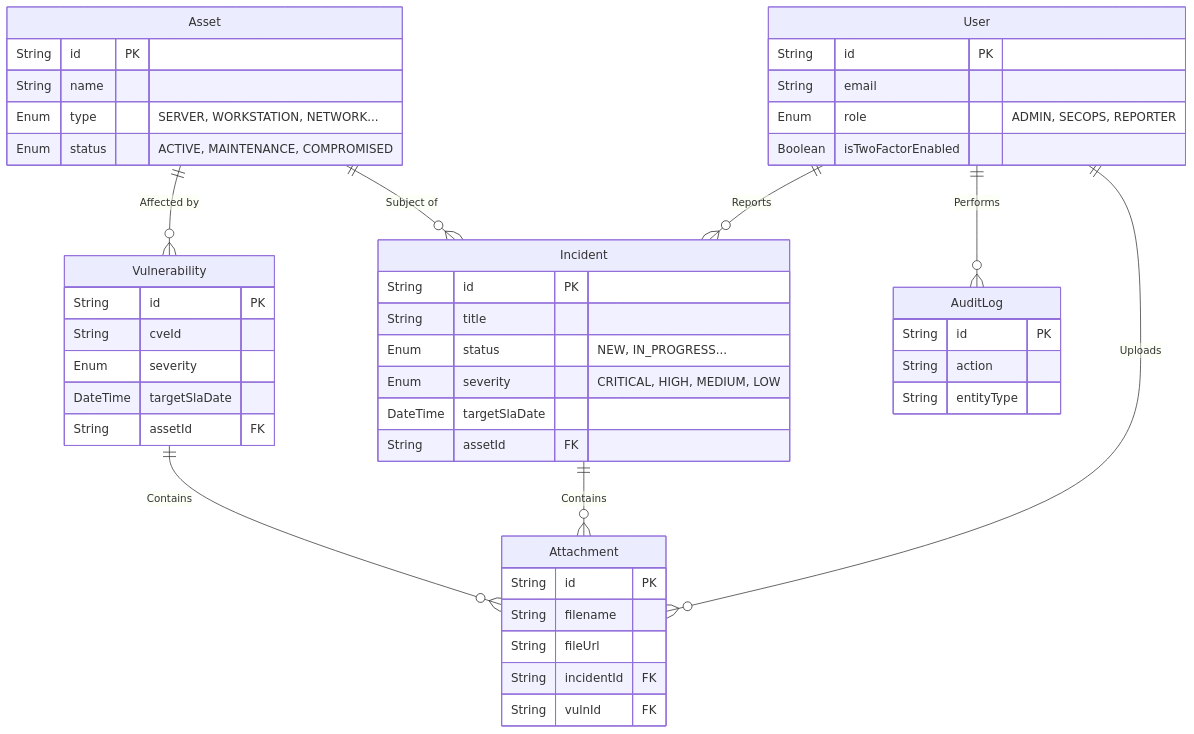
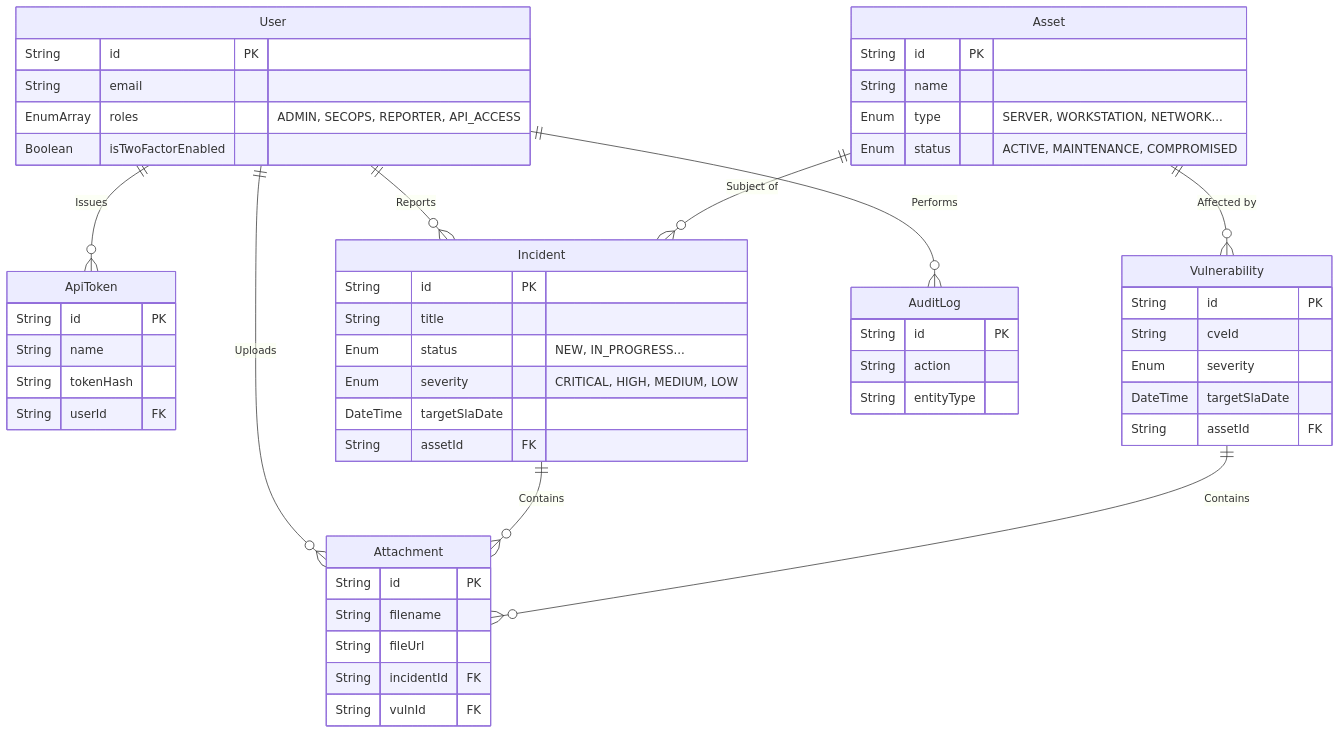
One commit to Cyber-Sec-Space/openticket changed the third of 3 diagrams in docs/ARCHITECTURE.md. Above: the diagram before and after it, drawn with Mermaid. The commit also changed other lines of this file and 44 other files, not shown here.

Commit message:
feat: implement multi-role RBAC arrays and Machine-to-Machine API token infrastructure

````diff
--- a/docs/ARCHITECTURE.md
+++ b/docs/ARCHITECTURE.md
@@ -59,50 +59,57 @@
 ```mermaid
 erDiagram
     User {
         String id PK
         String email
-        Enum role "ADMIN, SECOPS, REPORTER"
+        EnumArray roles "ADMIN, SECOPS, REPORTER, API_ACCESS"
         Boolean isTwoFactorEnabled
+    }
+    ApiToken {
+        String id PK
+        String name
+        String tokenHash
+        String userId FK
     }
     Asset {
         String id PK
         String name
         Enum type "SERVER, WORKSTATION, NETWORK..."
         Enum status "ACTIVE, MAINTENANCE, COMPROMISED"
     }
     Incident {
         String id PK
         String title
         Enum status "NEW, IN_PROGRESS..."
         Enum severity "CRITICAL, HIGH, MEDIUM, LOW"
         DateTime targetSlaDate
         String assetId FK
     }
     Vulnerability {
         String id PK
         String cveId
         Enum severity
         DateTime targetSlaDate
         String assetId FK
     }
     Attachment {
         String id PK
         String filename
         String fileUrl
         String incidentId FK
         String vulnId FK
     }
     AuditLog {
         String id PK
         String action
         String entityType
     }
 
     User ||--o{ Incident : "Reports"
     Asset ||--o{ Incident : "Subject of"
     Asset ||--o{ Vulnerability : "Affected by"
     User ||--o{ AuditLog : "Performs"
     User ||--o{ Attachment : "Uploads"
+    User ||--o{ ApiToken : "Issues"
     Incident ||--o{ Attachment : "Contains"
     Vulnerability ||--o{ Attachment : "Contains"
 ```
````
